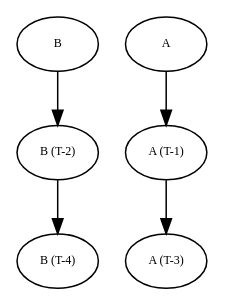
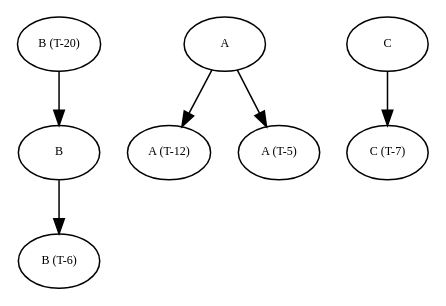
The diagram in graphs/debug_tree0.dot (amso100/livescript-declarations), drawn with Graphviz before and after one commit. The commit also changed 7 other files, not shown here.

```diff
--- a/graphs/debug_tree0.dot
+++ b/graphs/debug_tree0.dot
@@ -1,47 +1,61 @@
 digraph RGL__DirectedAdjacencyGraph {
-    "B (T-2)" [
+    "B (T-20)" [
         fontsize = 8,
-        label = "B (T-2)"
-    ]
-
-    "B (T-4)" [
-        fontsize = 8,
-        label = "B (T-4)"
-    ]
-
-    "A (T-1)" [
-        fontsize = 8,
-        label = "A (T-1)"
-    ]
-
-    "A (T-3)" [
-        fontsize = 8,
-        label = "A (T-3)"
+        label = "B (T-20)"
     ]
 
     B [
         fontsize = 8,
         label = B
     ]
 
+    "B (T-6)" [
+        fontsize = 8,
+        label = "B (T-6)"
+    ]
+
     A [
         fontsize = 8,
         label = A
     ]
 
-    "B (T-2)" -> "B (T-4)" [
+    "A (T-12)" [
+        fontsize = 8,
+        label = "A (T-12)"
+    ]
+
+    "A (T-5)" [
+        fontsize = 8,
+        label = "A (T-5)"
+    ]
+
+    C [
+        fontsize = 8,
+        label = C
+    ]
+
+    "C (T-7)" [
+        fontsize = 8,
+        label = "C (T-7)"
+    ]
+
+    "B (T-20)" -> B [
         fontsize = 8
     ]
 
-    "A (T-1)" -> "A (T-3)" [
+    B -> "B (T-6)" [
         fontsize = 8
     ]
 
-    B -> "B (T-2)" [
+    A -> "A (T-12)" [
         fontsize = 8
     ]
 
-    A -> "A (T-1)" [
+    A -> "A (T-5)" [
+        fontsize = 8
+    ]
+
+    C -> "C (T-7)" [
         fontsize = 8
     ]
 }
```
